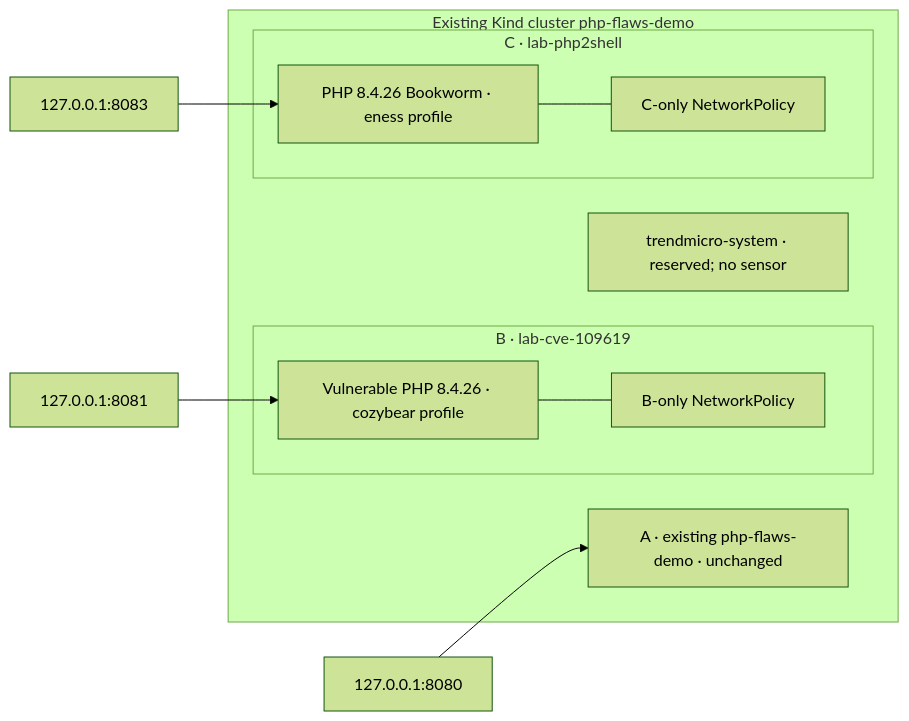
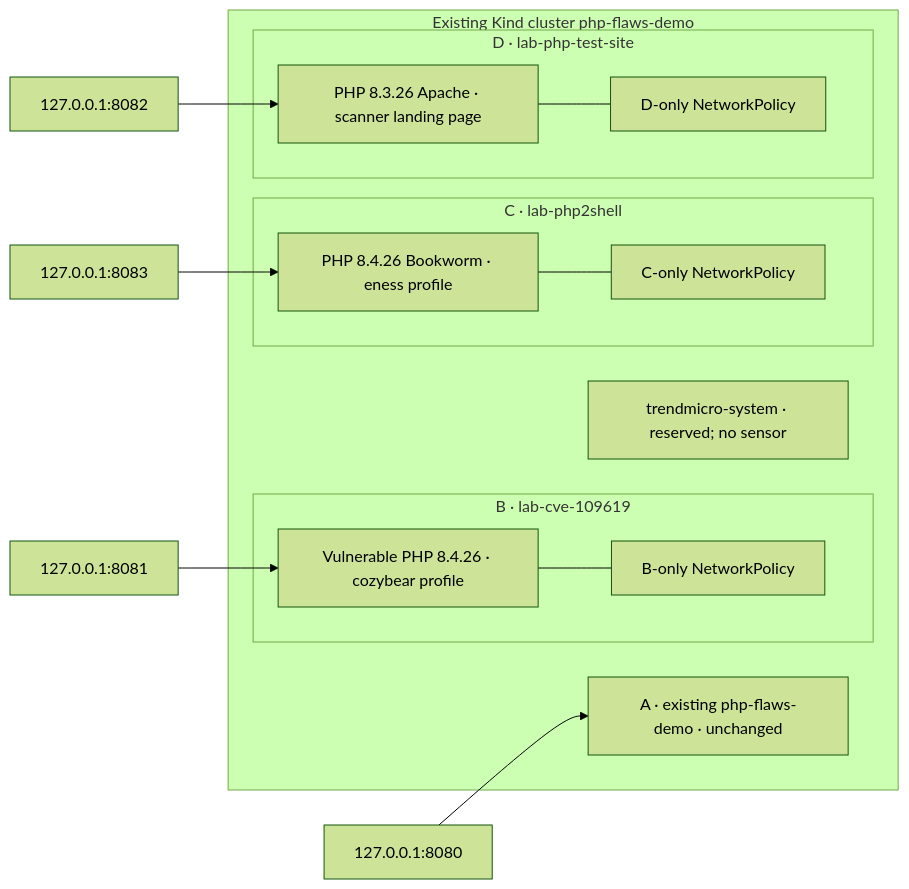
One commit to ferchosur/php-flaws-demo changed the diagram in docs/architecture.md. Above: the diagram before and after it, drawn with Mermaid (forest theme). The commit also changed other lines of this file and 39 other files, not shown here.

Commit message:
Add PHP scanner lab D and align vulnerable runtime profiles

```diff
--- a/docs/architecture.md
+++ b/docs/architecture.md
@@ -3,20 +3,26 @@
 ~~~mermaid
 flowchart LR
   AURL["127.0.0.1:8080"] --> A["A · existing php-flaws-demo · unchanged"]
   subgraph K["Existing Kind cluster php-flaws-demo"]
     A
     subgraph B["B · lab-cve-109619"]
       BV["Vulnerable PHP 8.4.26 · cozybear profile"]
       BNET["B-only NetworkPolicy"]
       BV --- BNET
     end
     subgraph C["C · lab-php2shell"]
       CV["PHP 8.4.26 Bookworm · eness profile"]
       CNET["C-only NetworkPolicy"]
       CV --- CNET
     end
+    subgraph D["D · lab-php-test-site"]
+      DV["PHP 8.3.26 Apache · scanner landing page"]
+      DNET["D-only NetworkPolicy"]
+      DV --- DNET
+    end
     T["trendmicro-system · reserved; no sensor"]
   end
   PortB["127.0.0.1:8081"] --> BV
   PortC["127.0.0.1:8083"] --> CV
+  PortD["127.0.0.1:8082"] --> DV
 ~~~
```
